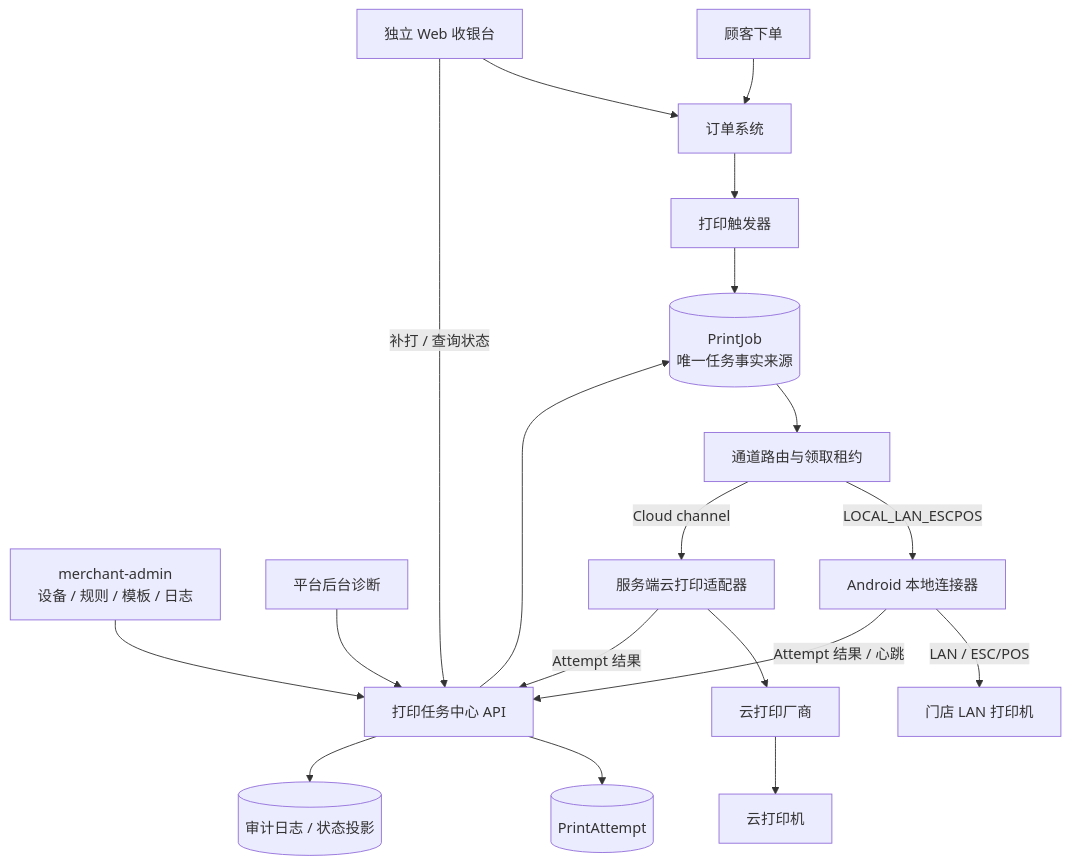
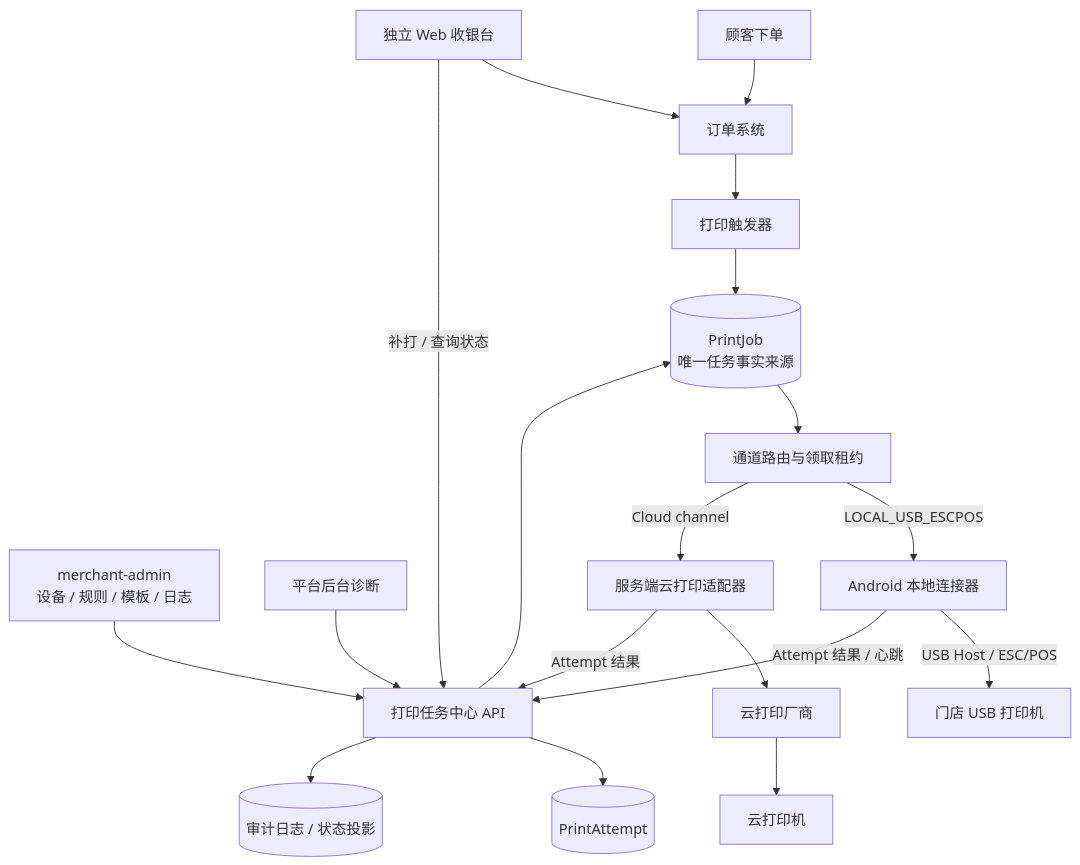
The first of 2 diagrams in docs/printing-v1/01_PRINTING_ARCHITECTURE_V1.md (peten001/HuayueLife-MVP), drawn with Mermaid before and after one commit. The commit also changed other lines of this file and 38 other files, not shown here.

Commit message:
feat: add android usb printer smoke test

````diff
--- a/docs/printing-v1/01_PRINTING_ARCHITECTURE_V1.md
+++ b/docs/printing-v1/01_PRINTING_ARCHITECTURE_V1.md
@@ -32,25 +33,25 @@
 ```mermaid
 flowchart TB
     Customer[顾客下单] --> OrderSystem[订单系统]
     Cashier[独立 Web 收银台] --> OrderSystem
     OrderSystem --> Trigger[打印触发器]
     Trigger --> Job[(PrintJob<br/>唯一任务事实来源)]
 
     MerchantAdmin[merchant-admin<br/>设备 / 规则 / 模板 / 日志] --> PrintAPI[打印任务中心 API]
     Cashier -->|补打 / 查询状态| PrintAPI
     PlatformAdmin[平台后台诊断] --> PrintAPI
     PrintAPI --> Job
     Job --> Router[通道路由与领取租约]
 
-    Router -->|LOCAL_LAN_ESCPOS| Android[Android 本地连接器]
-    Android -->|LAN / ESC/POS| LocalPrinter[门店 LAN 打印机]
+    Router -->|LOCAL_USB_ESCPOS| Android[Android 本地连接器]
+    Android -->|USB Host / ESC/POS| LocalPrinter[门店 USB 打印机]
 
     Router -->|Cloud channel| CloudWorker[服务端云打印适配器]
     CloudWorker --> Vendor[云打印厂商]
     Vendor --> CloudPrinter[云打印机]
 
     Android -->|Attempt 结果 / 心跳| PrintAPI
     CloudWorker -->|Attempt 结果| PrintAPI
     PrintAPI --> Attempt[(PrintAttempt)]
     PrintAPI --> Audit[(审计日志 / 状态投影)]
 ```
````
